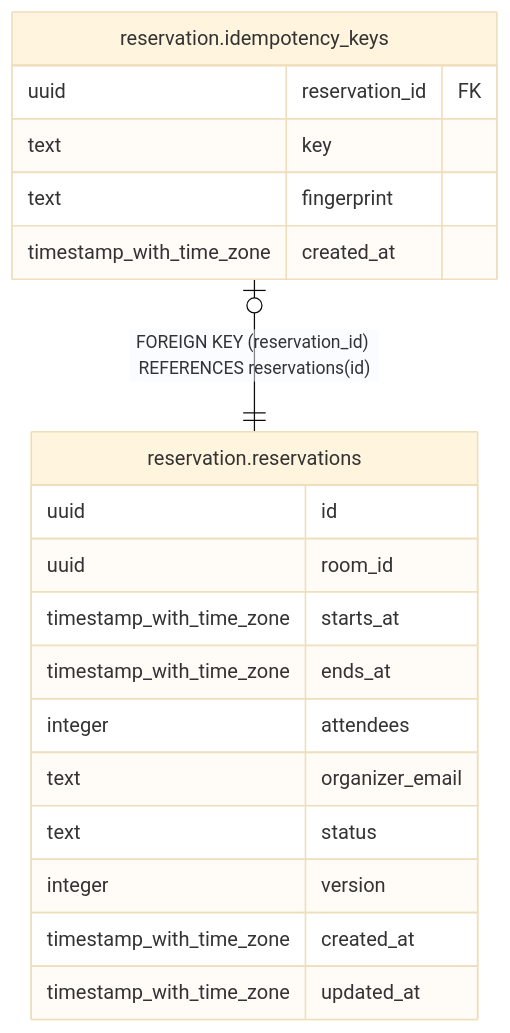
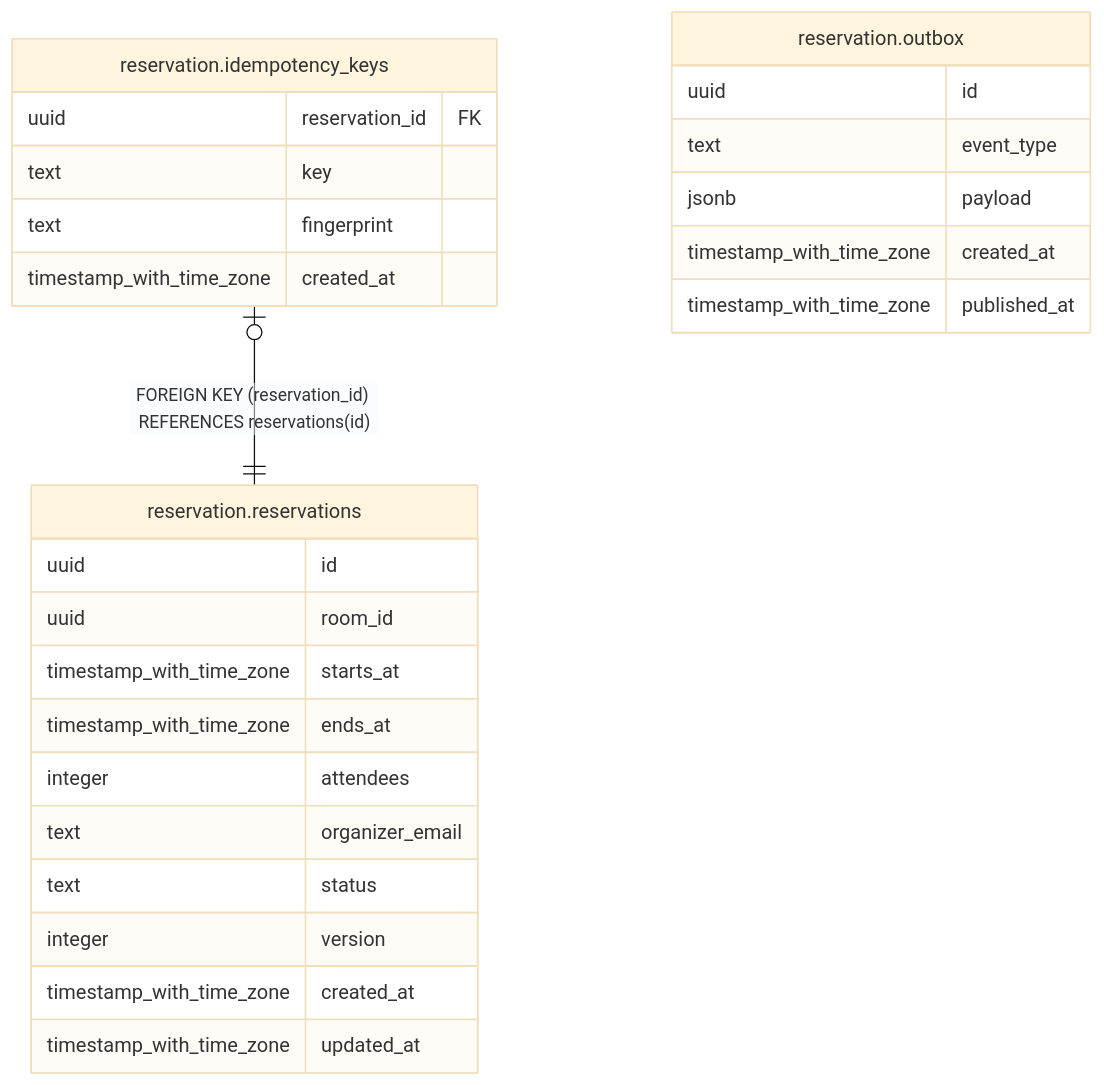
The diagram in docs/generated/db/reservation/README.md (ma-chisuke/go-nextjs-ddd-monorepo), drawn with Mermaid (base theme) before and after one commit. The commit also changed other lines of this file and 23 other files, not shown here.

First line of the commit message:
feat: write the events of Reservation to its outbox (#15)

````diff
--- a/docs/generated/db/reservation/README.md
+++ b/docs/generated/db/reservation/README.md
@@ -12,24 +13,31 @@
 ```mermaid
 erDiagram
 
 "reservation.idempotency_keys" |o--|| "reservation.reservations" : "FOREIGN KEY (reservation_id) REFERENCES reservations(id)"
 
+"reservation.outbox" {
+  uuid id
+  text event_type
+  jsonb payload
+  timestamp_with_time_zone created_at
+  timestamp_with_time_zone published_at
+}
 "reservation.reservations" {
   uuid id
   uuid room_id
   timestamp_with_time_zone starts_at
   timestamp_with_time_zone ends_at
   integer attendees
   text organizer_email
   text status
   integer version
   timestamp_with_time_zone created_at
   timestamp_with_time_zone updated_at
 }
 "reservation.idempotency_keys" {
   uuid reservation_id FK
   text key
   text fingerprint
   timestamp_with_time_zone created_at
 }
 ```
````
